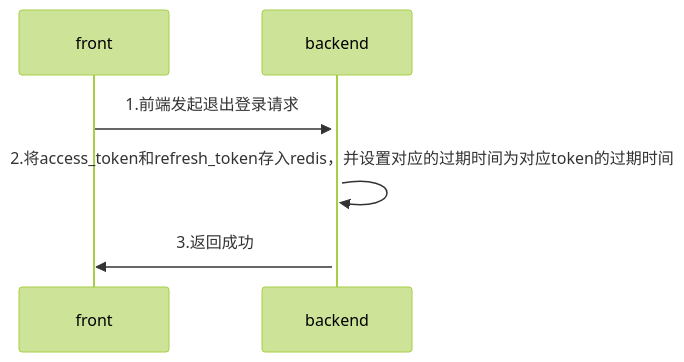
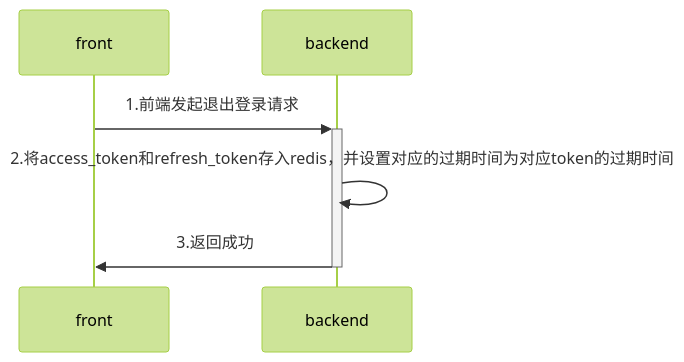
The diagram in all/未命名-4.md (yingjianzh/iodraw-files), drawn with Mermaid (forest theme) before and after one commit.

Commit message:
2024-08-05 11:19:47 update

````diff
--- a/all/未命名-4.md
+++ b/all/未命名-4.md
@@ -1,7 +1,7 @@
 ```mermaid
 sequenceDiagram
     front->>+backend: 1.前端发起退出登录请求
     backend->>backend: 2.将access_token和refresh_token存入redis，并设置对应的过期时间为对应token的过期时间
-    backend->>front: 3.返回成功
+    backend->>-front: 3.返回成功
    
 ```
````
